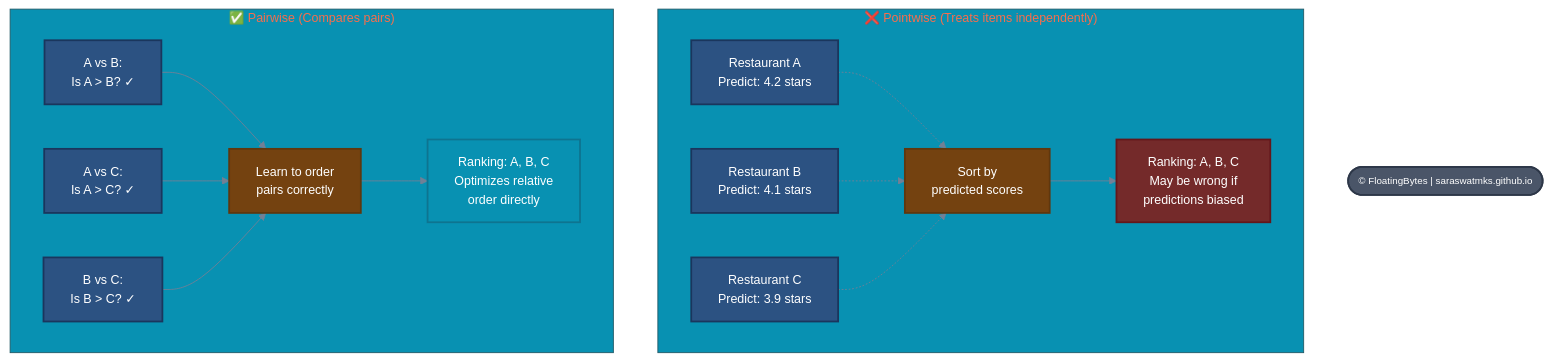
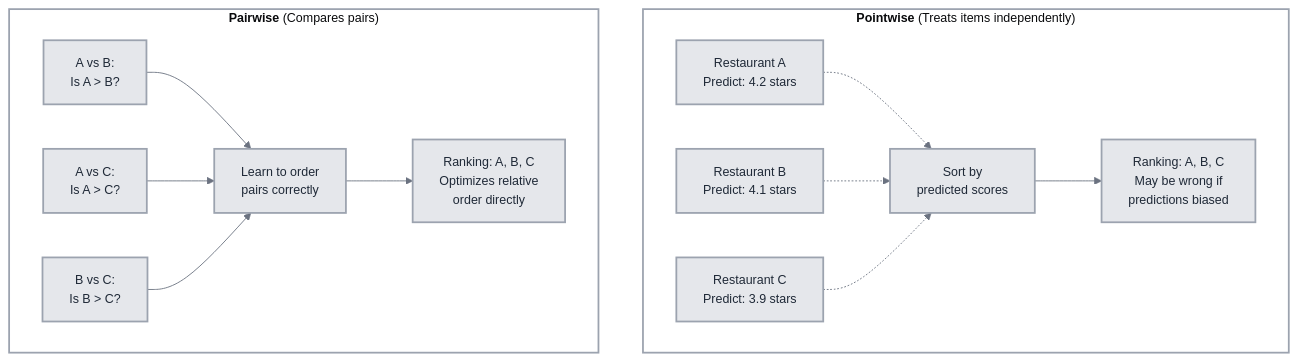
One commit to saraswatmks/saraswatmks.github.com changed the first of 4 diagrams in _posts/2026/2026-02-07-lightgbm_pairwise_lambdarank.md. Above: the diagram before and after it, drawn with Mermaid. The commit also changed other lines of this file, not shown here.

Commit message:
Final Mermaid diagram cleanup: remove emojis, add grey background

````diff
--- a/_posts/2026/2026-02-07-lightgbm_pairwise_lambdarank.md
+++ b/_posts/2026/2026-02-07-lightgbm_pairwise_lambdarank.md
@@ -50,51 +50,49 @@
 ```mermaid
 %%{init: {
   'theme': 'base',
   'themeVariables': {
-    'primaryColor': '#2C5282',
-    'primaryTextColor': '#FFFFFF',
-    'primaryBorderColor': '#1A365D',
-    'lineColor': '#718096',
-    'secondaryColor': '#744210',
-    'tertiaryColor': '#0891B2',
+    'primaryColor': '#E5E7EB',
+    'primaryTextColor': '#1F2937',
+    'primaryBorderColor': '#9CA3AF',
+    'lineColor': '#6B7280',
     'fontSize': '14px',
-    'fontFamily': 'system-ui, -apple-system, sans-serif'
+    'fontFamily': 'system-ui, -apple-system, sans-serif',
+    'background': '#F3F4F6'
   }
 }}%%
 
 graph TD
-    subgraph Pointwise["❌ Pointwise (Treats items independently)"]
+    subgraph Pointwise["<b>Pointwise</b> (Treats items independently)"]
         P1[Restaurant A<br/>Predict: 4.2 stars]
         P2[Restaurant B<br/>Predict: 4.1 stars]
         P3[Restaurant C<br/>Predict: 3.9 stars]
         P1 -.-> P_SORT[Sort by<br/>predicted scores]
         P2 -.-> P_SORT
         P3 -.-> P_SORT
         P_SORT --> P_RESULT[Ranking: A, B, C<br/>May be wrong if<br/>predictions biased]
     end
 
-    subgraph Pairwise["✅ Pairwise (Compares pairs)"]
-        Q1[A vs B:<br/>Is A > B? ✓]
-        Q2[A vs C:<br/>Is A > C? ✓]
-        Q3[B vs C:<br/>Is B > C? ✓]
+    subgraph Pairwise["<b>Pairwise</b> (Compares pairs)"]
+        Q1[A vs B:<br/>Is A > B?]
+        Q2[A vs C:<br/>Is A > C?]
+        Q3[B vs C:<br/>Is B > C?]
         Q1 --> Q_LEARN[Learn to order<br/>pairs correctly]
         Q2 --> Q_LEARN
         Q3 --> Q_LEARN
         Q_LEARN --> Q_RESULT[Ranking: A, B, C<br/>Optimizes relative<br/>order directly]
     end
 
-    WM(["© FloatingBytes | saraswatmks.github.io"])
-
-    style P1 fill:#2C5282,stroke:#1A365D,stroke-width:2px,color:#FFFFFF
-    style P2 fill:#2C5282,stroke:#1A365D,stroke-width:2px,color:#FFFFFF
-    style P3 fill:#2C5282,stroke:#1A365D,stroke-width:2px,color:#FFFFFF
-    style P_SORT fill:#744210,stroke:#5F370E,stroke-width:2px,color:#FFFFFF
-    style P_RESULT fill:#742A2A,stroke:#63171B,stroke-width:2px,color:#FFFFFF
-    style Q1 fill:#2C5282,stroke:#1A365D,stroke-width:2px,color:#FFFFFF
-    style Q2 fill:#2C5282,stroke:#1A365D,stroke-width:2px,color:#FFFFFF
-    style Q3 fill:#2C5282,stroke:#1A365D,stroke-width:2px,color:#FFFFFF
-    style Q_LEARN fill:#744210,stroke:#5F370E,stroke-width:2px,color:#FFFFFF
-    style Q_RESULT fill:#0891B2,stroke:#0E7490,stroke-width:2px,color:#FFFFFF
-    style WM fill:#4A5568,stroke:#2D3748,stroke-width:2px,color:#FFFFFF,font-size:11px
+    style P1 fill:#E5E7EB,stroke:#9CA3AF,stroke-width:2px,color:#1F2937
+    style P2 fill:#E5E7EB,stroke:#9CA3AF,stroke-width:2px,color:#1F2937
+    style P3 fill:#E5E7EB,stroke:#9CA3AF,stroke-width:2px,color:#1F2937
+    style P_SORT fill:#E5E7EB,stroke:#9CA3AF,stroke-width:2px,color:#1F2937
+    style P_RESULT fill:#E5E7EB,stroke:#9CA3AF,stroke-width:2px,color:#1F2937
+    style Q1 fill:#E5E7EB,stroke:#9CA3AF,stroke-width:2px,color:#1F2937
+    style Q2 fill:#E5E7EB,stroke:#9CA3AF,stroke-width:2px,color:#1F2937
+    style Q3 fill:#E5E7EB,stroke:#9CA3AF,stroke-width:2px,color:#1F2937
+    style Q_LEARN fill:#E5E7EB,stroke:#9CA3AF,stroke-width:2px,color:#1F2937
+    style Q_RESULT fill:#E5E7EB,stroke:#9CA3AF,stroke-width:2px,color:#1F2937
+    style Pointwise fill:#FFFFFF,stroke:#9CA3AF,stroke-width:2px
+    style Pairwise fill:#FFFFFF,stroke:#9CA3AF,stroke-width:2px
 
 ```
````
